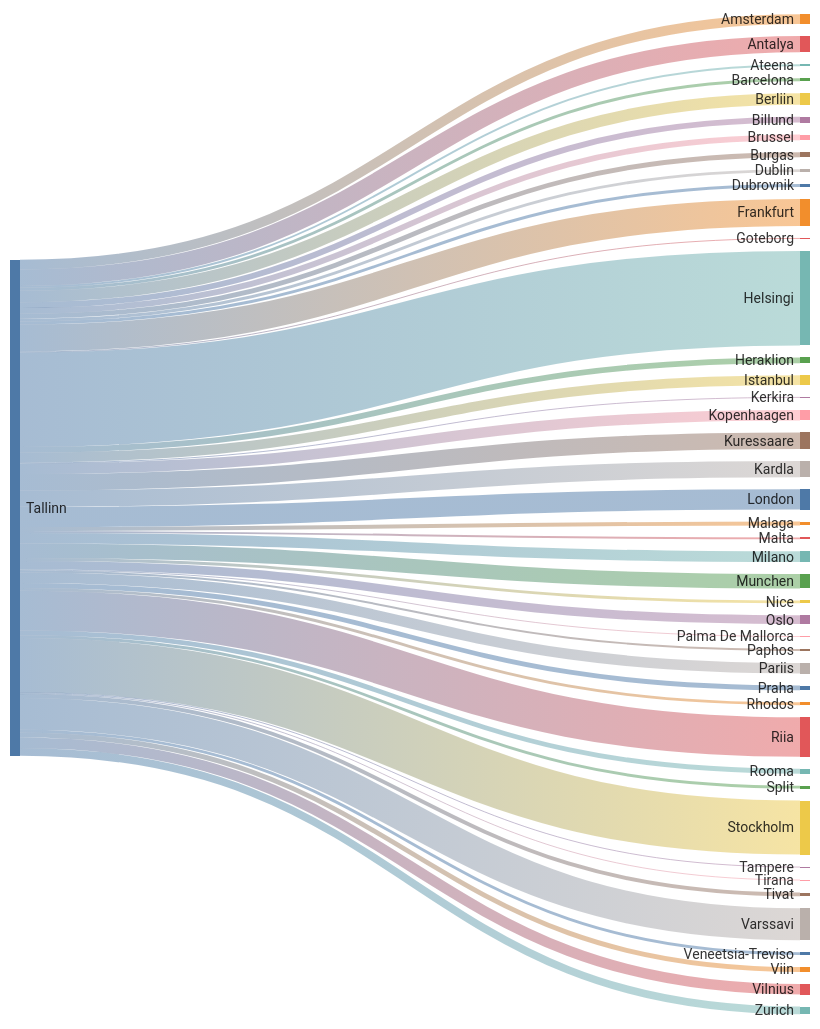
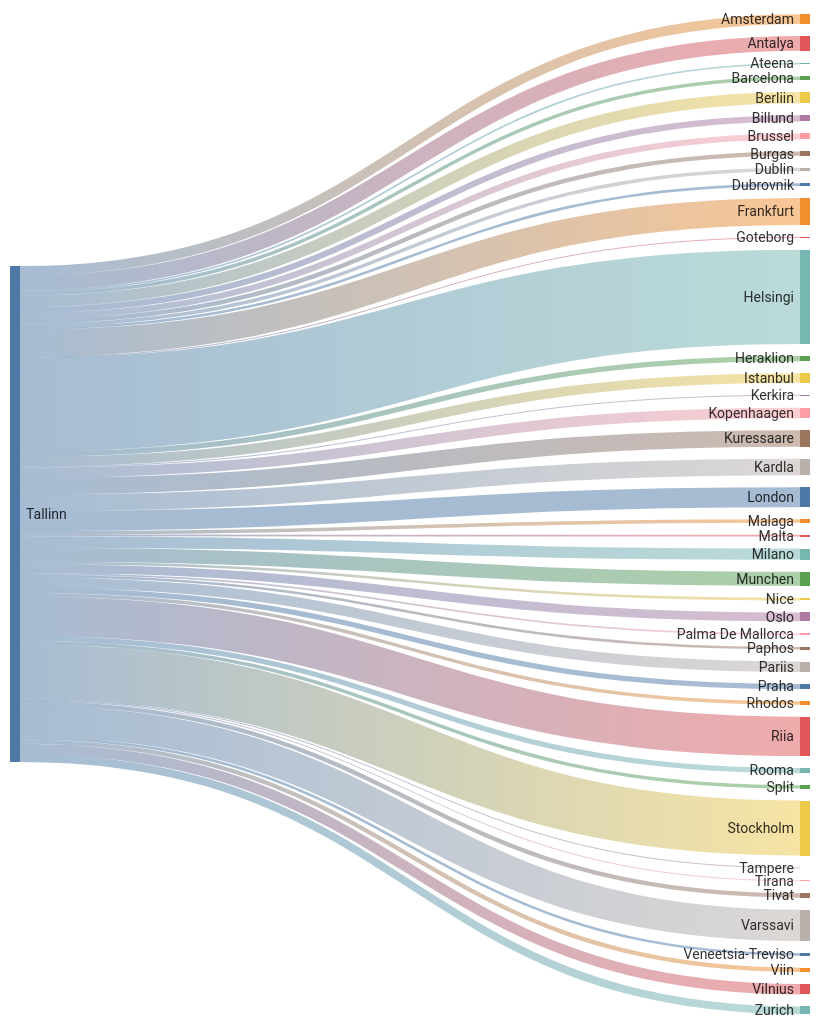
Before and after one commit to rainermesi/tll-airport-departures: the second of 2 diagrams in README.md, drawn with Mermaid. The commit also changed other lines of this file, not shown here.

````diff
--- a/README.md
+++ b/README.md
@@ -24,56 +24,56 @@
 ```mermaid
 ---
 config:
   sankey:
     showValues: false
     width: 800
     height: 1000
 ---
 sankey-beta
 %% source,target,value
-Tallinn,Amsterdam,10
+Tallinn,Amsterdam,11
 Tallinn,Antalya,17
 Tallinn,Ateena,2
-Tallinn,Barcelona,3
-Tallinn,Berliin,12
-Tallinn,Billund,6
-Tallinn,Brussel,6
+Tallinn,Barcelona,4
+Tallinn,Berliin,13
+Tallinn,Billund,7
+Tallinn,Brussel,7
 Tallinn,Burgas,5
-Tallinn,Dublin,3
+Tallinn,Dublin,4
 Tallinn,Dubrovnik,3
-Tallinn,Frankfurt,28
+Tallinn,Frankfurt,31
 Tallinn,Goteborg,1
-Tallinn,Helsingi,98
+Tallinn,Helsingi,108
 Tallinn,Heraklion,6
-Tallinn,Istanbul,10
+Tallinn,Istanbul,11
 Tallinn,Kerkira,1
-Tallinn,Kopenhaagen,11
-Tallinn,Kuressaare,17
-Tallinn,Kardla,17
-Tallinn,London,21
+Tallinn,Kopenhaagen,12
+Tallinn,Kuressaare,19
+Tallinn,Kardla,19
+Tallinn,London,23
 Tallinn,Malaga,4
 Tallinn,Malta,2
-Tallinn,Milano,11
-Tallinn,Munchen,15
+Tallinn,Milano,13
+Tallinn,Munchen,16
 Tallinn,Nice,3
-Tallinn,Oslo,9
-Tallinn,Palma De Mallorca,1
-Tallinn,Paphos,2
-Tallinn,Pariis,11
-Tallinn,Praha,5
-Tallinn,Rhodos,3
-Tallinn,Riia,41
-Tallinn,Rooma,5
-Tallinn,Split,3
-Tallinn,Stockholm,56
+Tallinn,Oslo,10
+Tallinn,Palma De Mallorca,2
+Tallinn,Paphos,3
+Tallinn,Pariis,12
+Tallinn,Praha,6
+Tallinn,Rhodos,4
+Tallinn,Riia,45
+Tallinn,Rooma,6
+Tallinn,Split,4
+Tallinn,Stockholm,63
 Tallinn,Tampere,1
 Tallinn,Tirana,1
-Tallinn,Tivat,4
-Tallinn,Varssavi,33
+Tallinn,Tivat,5
+Tallinn,Varssavi,36
 Tallinn,Veneetsia-Treviso,3
 Tallinn,Viin,5
-Tallinn,Vilnius,11
-Tallinn,Zurich,8
+Tallinn,Vilnius,12
+Tallinn,Zurich,9
 
 
 ```
````
